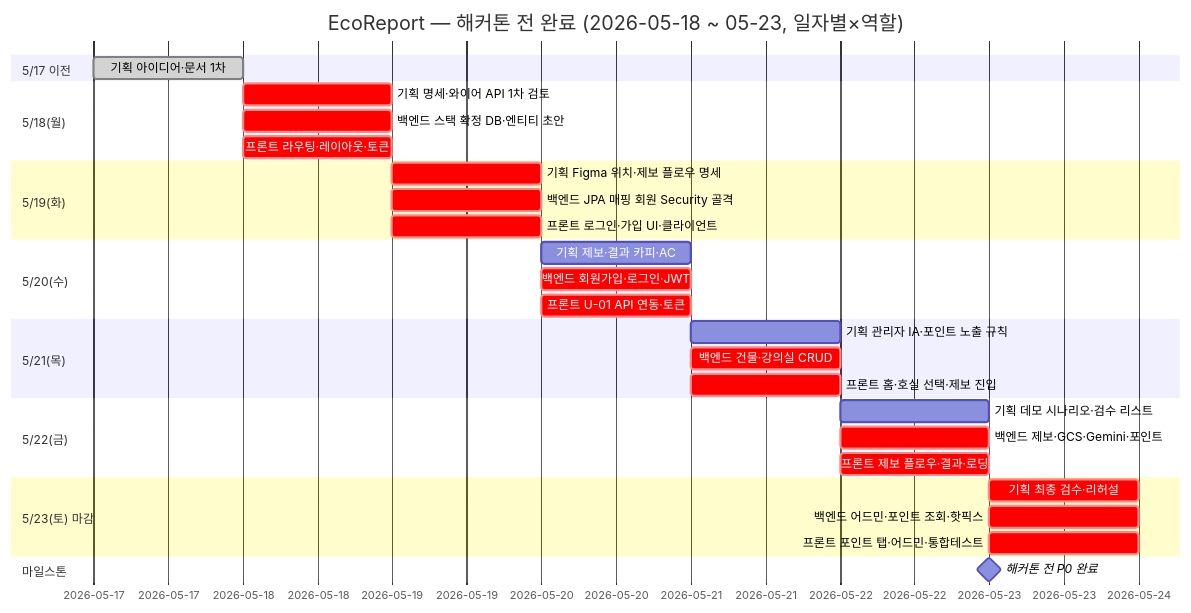
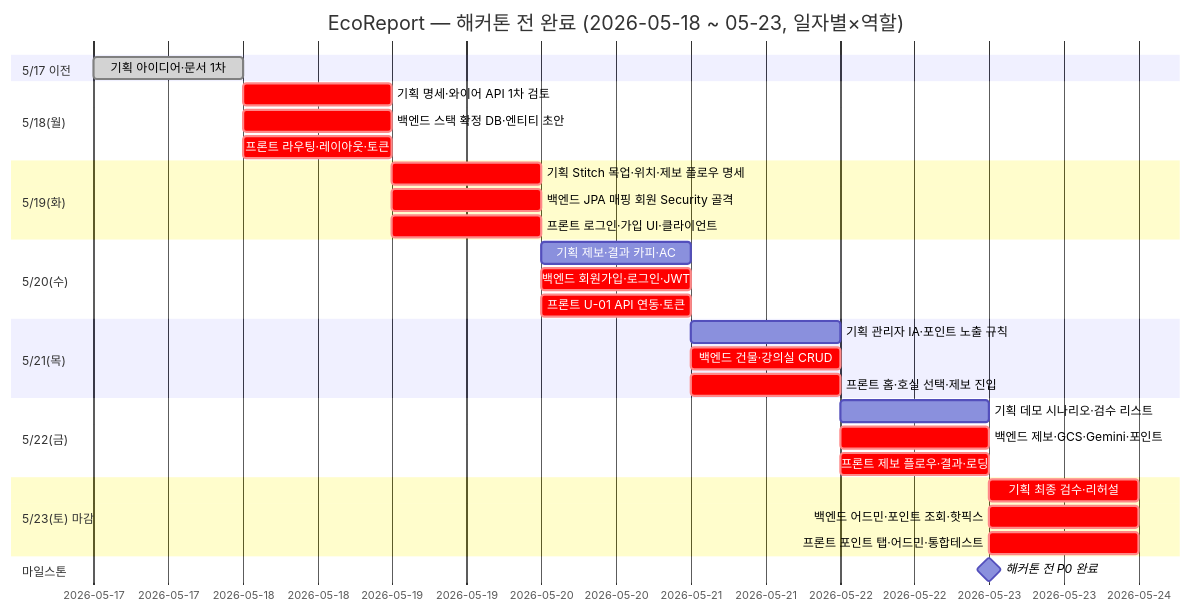
Before and after one commit to ravenkim/sundry_study: the diagram in docs/기획/캠퍼스_에너지_절약/05_운영_계획/추진_일정.md, drawn with Mermaid. The commit also changed other lines of this file and 1 other file, not shown here.

````diff
--- a/docs/기획/캠퍼스_에너지_절약/05_운영_계획/추진_일정.md
+++ b/docs/기획/캠퍼스_에너지_절약/05_운영_계획/추진_일정.md
@@ -49,41 +50,41 @@
 ```mermaid
 gantt
     title EcoReport — 해커톤 전 완료 (2026-05-18 ~ 05-23, 일자별×역할)
     dateFormat  YYYY-MM-DD
 
     section 5/17 이전
     기획 아이디어·문서 1차          :done, pre_g, 2026-05-17, 1d
 
     section 5/18(월)
     기획 명세·와이어 API 1차 검토     :crit, d18_g, 2026-05-18, 1d
     백엔드 스택 확정 DB·엔티티 초안   :crit, d18_b, 2026-05-18, 1d
     프론트 라우팅·레이아웃·토큰      :crit, d18_f, 2026-05-18, 1d
 
     section 5/19(화)
-    기획 Figma 위치·제보 플로우 명세   :crit, d19_g, 2026-05-19, 1d
+    기획 Stitch 목업·위치·제보 플로우 명세 :crit, d19_g, 2026-05-19, 1d
     백엔드 JPA 매핑 회원 Security 골격 :crit, d19_b, 2026-05-19, 1d
     프론트 로그인·가입 UI·클라이언트 :crit, d19_f, 2026-05-19, 1d
 
     section 5/20(수)
     기획 제보·결과 카피·AC            :d20_g, 2026-05-20, 1d
     백엔드 회원가입·로그인·JWT       :crit, d20_b, 2026-05-20, 1d
     프론트 U-01 API 연동·토큰         :crit, d20_f, 2026-05-20, 1d
 
     section 5/21(목)
     기획 관리자 IA·포인트 노출 규칙   :d21_g, 2026-05-21, 1d
     백엔드 건물·강의실 CRUD          :crit, d21_b, 2026-05-21, 1d
     프론트 홈·호실 선택·제보 진입     :crit, d21_f, 2026-05-21, 1d
 
     section 5/22(금)
     기획 데모 시나리오·검수 리스트    :d22_g, 2026-05-22, 1d
     백엔드 제보·GCS·Gemini·포인트     :crit, d22_b, 2026-05-22, 1d
     프론트 제보 플로우·결과·로딩     :crit, d22_f, 2026-05-22, 1d
 
     section 5/23(토) 마감
     기획 최종 검수·리허설             :crit, d23_g, 2026-05-23, 1d
     백엔드 어드민·포인트 조회·핫픽스  :crit, d23_b, 2026-05-23, 1d
     프론트 포인트 탭·어드민·통합테스트 :crit, d23_f, 2026-05-23, 1d
 
     section 마일스톤
     해커톤 전 P0 완료                :milestone, m_end, 2026-05-23, 0d
 ```
````
